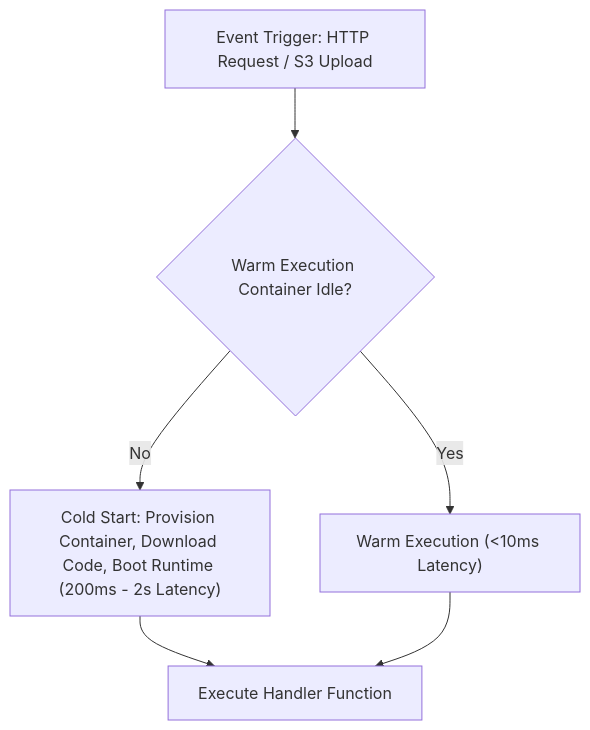
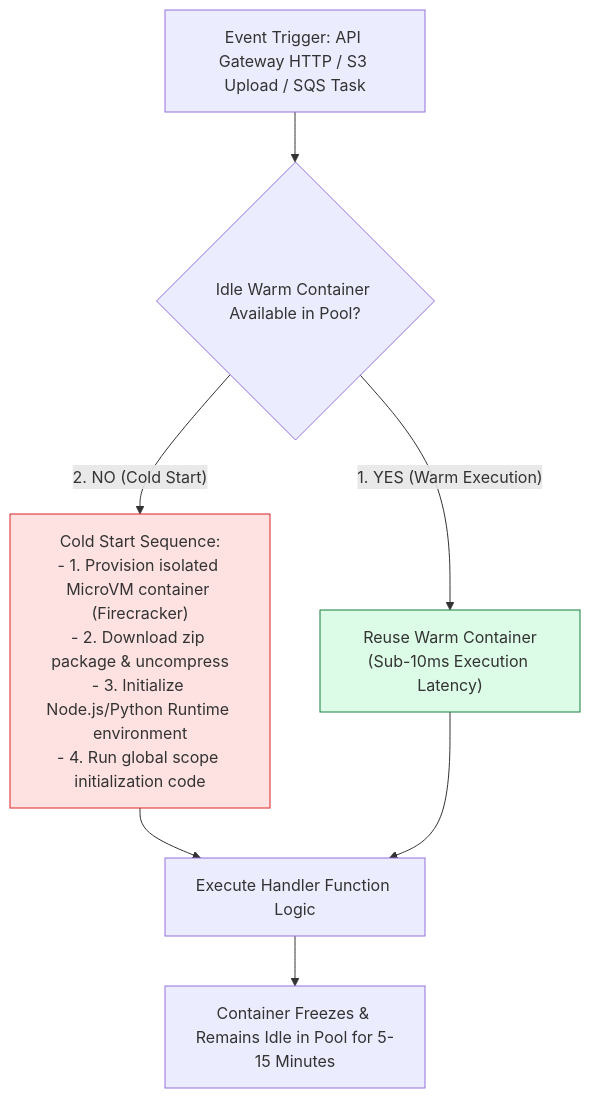
Before and after one commit to Amie-dev/engineering-playbook: the first of 3 diagrams in system-design-notes/24-serverless-and-functions.md, drawn with Mermaid. The commit also changed other lines of this file and 33 other files, not shown here.

````diff
--- a/system-design-notes/24-serverless-and-functions.md
+++ b/system-design-notes/24-serverless-and-functions.md
@@ -10,8 +15,16 @@
 ```mermaid
 flowchart TD
-    Trigger[Event Trigger: HTTP Request / S3 Upload] --> Check{Warm Execution Container Idle?}
-    Check -- Yes --> Warm["Warm Execution (<10ms Latency)"]
-    Check -- No --> Cold["Cold Start: Provision Container, Download Code, Boot Runtime (200ms - 2s Latency)"]
-    Cold --> Exec[Execute Handler Function]
+    Trigger[Event Trigger: API Gateway HTTP / S3 Upload / SQS Task] --> ContainerCheck{Idle Warm Container Available in Pool?}
+
+    ContainerCheck -- "1. YES (Warm Execution)" --> Warm["Reuse Warm Container<br/>(Sub-10ms Execution Latency)"]
+    
+    ContainerCheck -- "2. NO (Cold Start)" --> ColdProvision["Cold Start Sequence:<br/>- 1. Provision isolated MicroVM container (Firecracker)<br/>- 2. Download zip package & uncompress<br/>- 3. Initialize Node.js/Python Runtime environment<br/>- 4. Run global scope initialization code"]
+
+    ColdProvision --> Exec[Execute Handler Function Logic]
     Warm --> Exec
+
+    Exec --> Freeze["Container Freezes & Remains Idle in Pool for 5-15 Minutes"]
+
+    style Warm fill:#dcfce7,stroke:#15803d
+    style ColdProvision fill:#fee2e2,stroke:#dc2626
 ```
````
